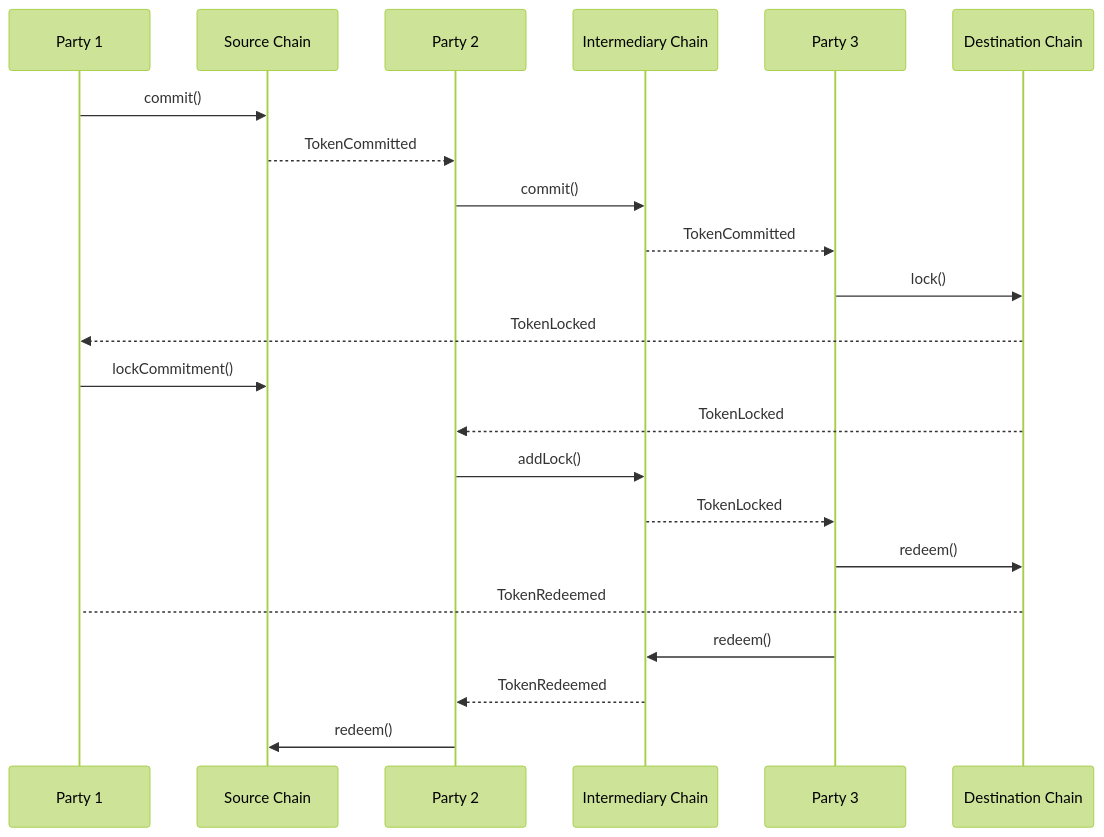
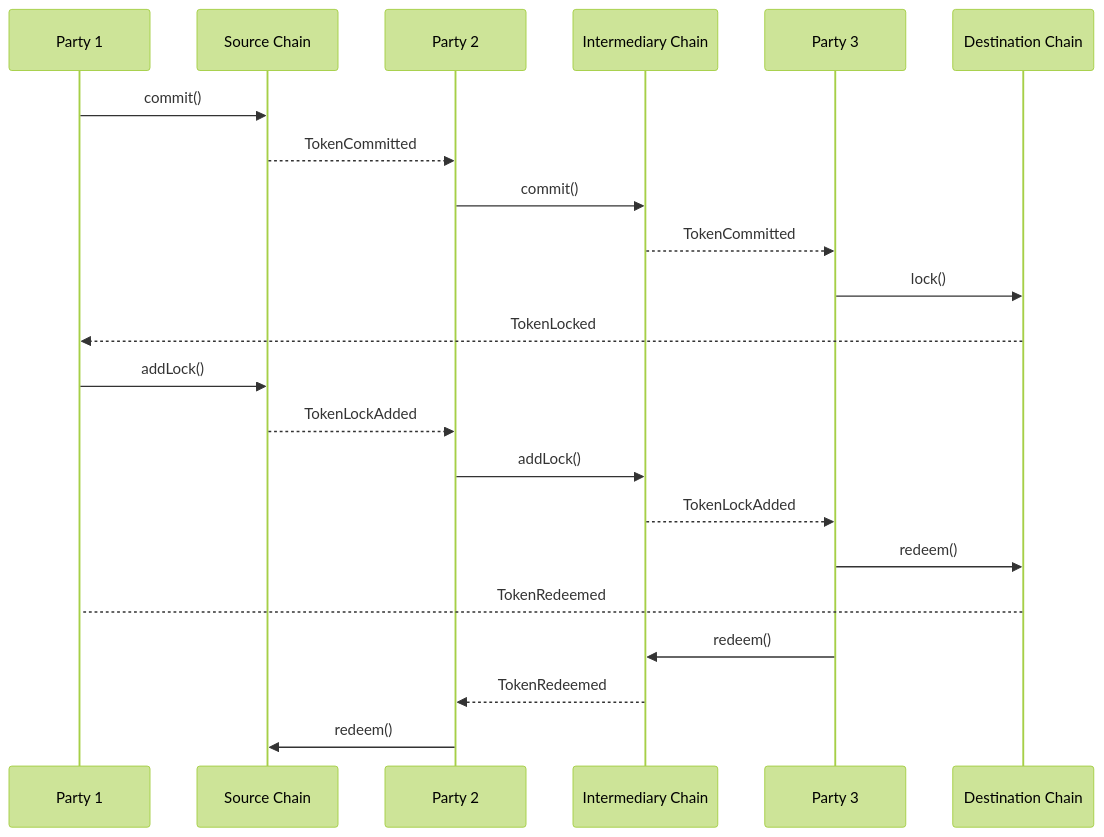
One commit to layerswap/layerswap-v8-docs changed the second of 2 diagrams in protocol-spec/model.mdx. Above: the diagram before and after it, drawn with Mermaid (forest theme). The commit also changed other lines of this file and 3 other files, not shown here.

````diff
--- a/protocol-spec/model.mdx
+++ b/protocol-spec/model.mdx
@@ -72,25 +70,25 @@
 ```mermaid
 sequenceDiagram
     participant P1 as Party 1
     participant SC as Source Chain
     participant P2 as Party 2
     participant IC as Intermediary Chain
     participant P3 as Party 3
     participant DC as Destination Chain
     
     P1->>SC: commit()
     SC-->>P2: TokenCommitted
     P2->>IC: commit()
     IC-->>P3: TokenCommitted
     P3->>DC: lock()
     DC-->>P1: TokenLocked
-    P1->>SC: lockCommitment()
-    DC-->>P2: TokenLocked
+    P1->>SC: addLock()
+    SC-->>P2: TokenLockAdded
     P2->>IC: addLock()
-    IC-->>P3: TokenLocked
+    IC-->>P3: TokenLockAdded
     P3->>DC: redeem()
     DC-->P1: TokenRedeemed
     P3->>IC: redeem()
     IC-->>P2: TokenRedeemed
     P2->>SC: redeem()
 ```
````
